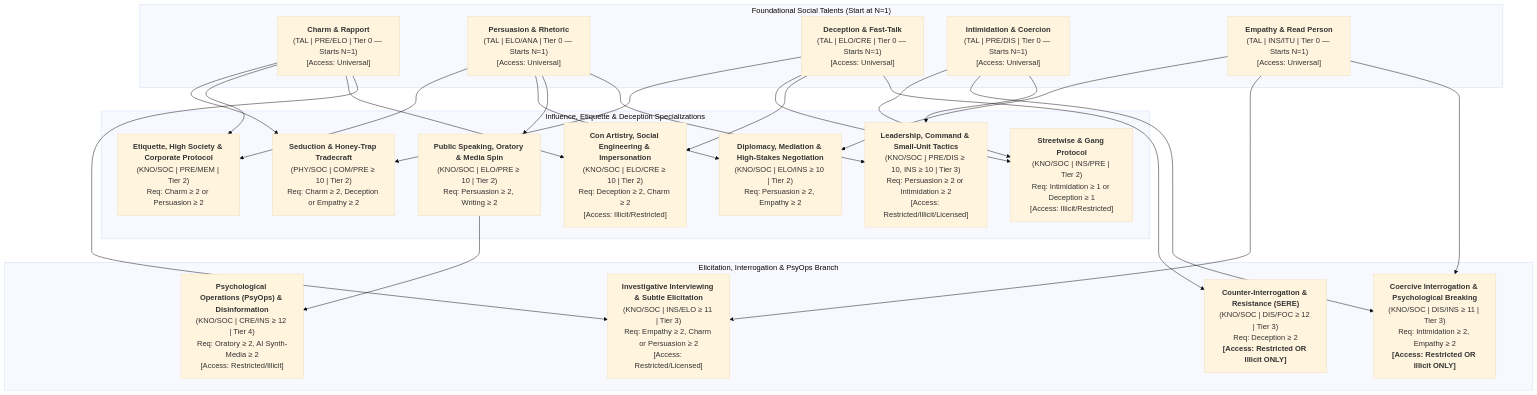
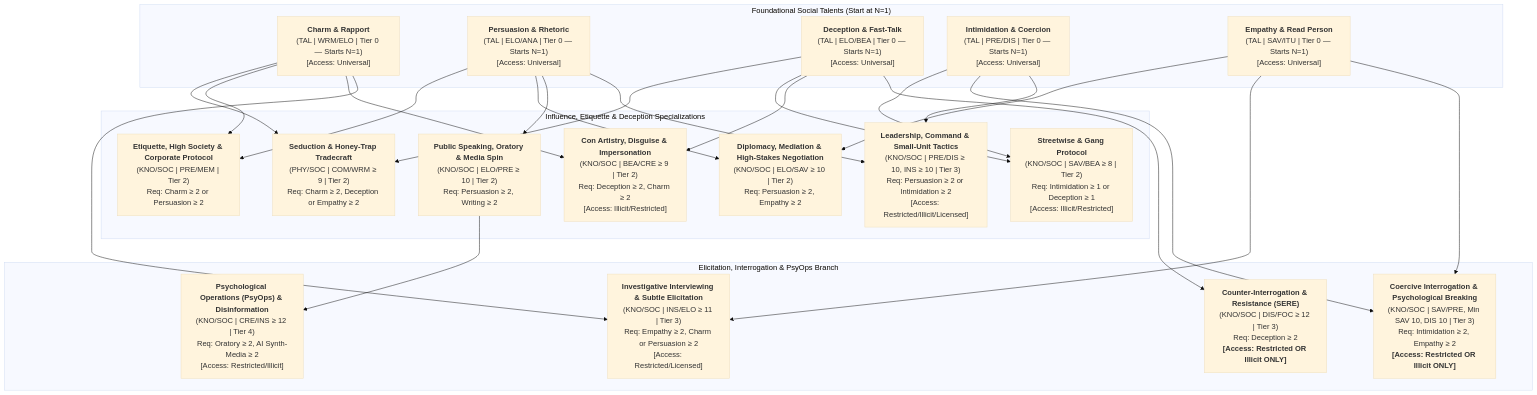
The third of 4 diagrams in docs/ttrpg/03-character/skills_trees_tactical_and_social.md (rarebreed/satya), drawn with Mermaid (base theme) before and after one commit. The commit also changed other lines of this file and 59 other files, not shown here.

````diff
--- a/docs/ttrpg/03-character/skills_trees_tactical_and_social.md
+++ b/docs/ttrpg/03-character/skills_trees_tactical_and_social.md
@@ -172,47 +172,47 @@
 ```mermaid
 flowchart TD
     subgraph SocialTalents["Foundational Social Talents (Start at N=1)"]
-        Charm["<b>Charm & Rapport</b><br/>(TAL | PRE/ELO | Tier 0 — Starts N=1)<br/>[Access: Universal]"]
+        Charm["<b>Charm & Rapport</b><br/>(TAL | WRM/ELO | Tier 0 — Starts N=1)<br/>[Access: Universal]"]
         Persuade["<b>Persuasion & Rhetoric</b><br/>(TAL | ELO/ANA | Tier 0 — Starts N=1)<br/>[Access: Universal]"]
-        Deceive["<b>Deception & Fast-Talk</b><br/>(TAL | ELO/CRE | Tier 0 — Starts N=1)<br/>[Access: Universal]"]
+        Deceive["<b>Deception & Fast-Talk</b><br/>(TAL | ELO/BEA | Tier 0 — Starts N=1)<br/>[Access: Universal]"]
         Intim["<b>Intimidation & Coercion</b><br/>(TAL | PRE/DIS | Tier 0 — Starts N=1)<br/>[Access: Universal]"]
-        Empathy["<b>Empathy & Read Person</b><br/>(TAL | INS/ITU | Tier 0 — Starts N=1)<br/>[Access: Universal]"]
+        Empathy["<b>Empathy & Read Person</b><br/>(TAL | SAV/ITU | Tier 0 — Starts N=1)<br/>[Access: Universal]"]
     end
 
     subgraph InfluenceBranch["Influence, Etiquette & Deception Specializations"]
-        Seduct["<b>Seduction & Honey-Trap Tradecraft</b><br/>(PHY/SOC | COM/PRE ≥ 10 | Tier 2)<br/>Req: Charm ≥ 2, Deception or Empathy ≥ 2"]
+        Seduct["<b>Seduction & Honey-Trap Tradecraft</b><br/>(PHY/SOC | COM/WRM ≥ 9 | Tier 2)<br/>Req: Charm ≥ 2, Deception or Empathy ≥ 2"]
         Etiquette["<b>Etiquette, High Society & Corporate Protocol</b><br/>(KNO/SOC | PRE/MEM | Tier 2)<br/>Req: Charm ≥ 2 or Persuasion ≥ 2"]
-        Streetwise["<b>Streetwise & Gang Protocol</b><br/>(KNO/SOC | INS/PRE | Tier 2)<br/>Req: Intimidation ≥ 1 or Deception ≥ 1<br/>[Access: Illicit/Restricted]"]
-        ConArt["<b>Con Artistry, Social Engineering & Impersonation</b><br/>(KNO/SOC | ELO/CRE ≥ 10 | Tier 2)<br/>Req: Deception ≥ 2, Charm ≥ 2<br/>[Access: Illicit/Restricted]"]
-        Negotiate["<b>Diplomacy, Mediation & High-Stakes Negotiation</b><br/>(KNO/SOC | ELO/INS ≥ 10 | Tier 2)<br/>Req: Persuasion ≥ 2, Empathy ≥ 2"]
+        Streetwise["<b>Streetwise & Gang Protocol</b><br/>(KNO/SOC | SAV/BEA ≥ 8 | Tier 2)<br/>Req: Intimidation ≥ 1 or Deception ≥ 1<br/>[Access: Illicit/Restricted]"]
+        ConArt["<b>Con Artistry, Disguise & Impersonation</b><br/>(KNO/SOC | BEA/CRE ≥ 9 | Tier 2)<br/>Req: Deception ≥ 2, Charm ≥ 2<br/>[Access: Illicit/Restricted]"]
+        Negotiate["<b>Diplomacy, Mediation & High-Stakes Negotiation</b><br/>(KNO/SOC | ELO/SAV ≥ 10 | Tier 2)<br/>Req: Persuasion ≥ 2, Empathy ≥ 2"]
         Oratory["<b>Public Speaking, Oratory & Media Spin</b><br/>(KNO/SOC | ELO/PRE ≥ 10 | Tier 2)<br/>Req: Persuasion ≥ 2, Writing ≥ 2"]
         Command["<b>Leadership, Command & Small-Unit Tactics</b><br/>(KNO/SOC | PRE/DIS ≥ 10, INS ≥ 10 | Tier 3)<br/>Req: Persuasion ≥ 2 or Intimidation ≥ 2<br/>[Access: Restricted/Illicit/Licensed]"]
     end
 
     subgraph InterrogationBranch["Elicitation, Interrogation & PsyOps Branch"]
         Elicit["<b>Investigative Interviewing & Subtle Elicitation</b><br/>(KNO/SOC | INS/ELO ≥ 11 | Tier 3)<br/>Req: Empathy ≥ 2, Charm or Persuasion ≥ 2<br/>[Access: Restricted/Licensed]"]
-        Interrog["<b>Coercive Interrogation & Psychological Breaking</b><br/>(KNO/SOC | DIS/INS ≥ 11 | Tier 3)<br/>Req: Intimidation ≥ 2, Empathy ≥ 2<br/><b>[Access: Restricted OR Illicit ONLY]</b>"]
+        Interrog["<b>Coercive Interrogation & Psychological Breaking</b><br/>(KNO/SOC | SAV/PRE, Min SAV 10, DIS 10 | Tier 3)<br/>Req: Intimidation ≥ 2, Empathy ≥ 2<br/><b>[Access: Restricted OR Illicit ONLY]</b>"]
         SERE["<b>Counter-Interrogation & Resistance (SERE)</b><br/>(KNO/SOC | DIS/FOC ≥ 12 | Tier 3)<br/>Req: Deception ≥ 2<br/><b>[Access: Restricted OR Illicit ONLY]</b>"]
         PsyOps["<b>Psychological Operations (PsyOps) & Disinformation</b><br/>(KNO/SOC | CRE/INS ≥ 12 | Tier 4)<br/>Req: Oratory ≥ 2, AI Synth-Media ≥ 2<br/>[Access: Restricted/Illicit]"]
     end
 
     Charm --> Seduct
     Charm --> Etiquette
     Charm --> ConArt
     Charm --> Elicit
     Persuade --> Etiquette
     Persuade --> Negotiate
     Persuade --> Oratory
     Persuade --> Command
     Deceive --> Seduct
     Deceive --> Streetwise
     Deceive --> ConArt
     Deceive --> SERE
     Intim --> Streetwise
     Intim --> Interrog
     Intim --> Command
     Empathy --> Negotiate
     Empathy --> Elicit
     Empathy --> Interrog
     Oratory --> PsyOps
 ```
````
